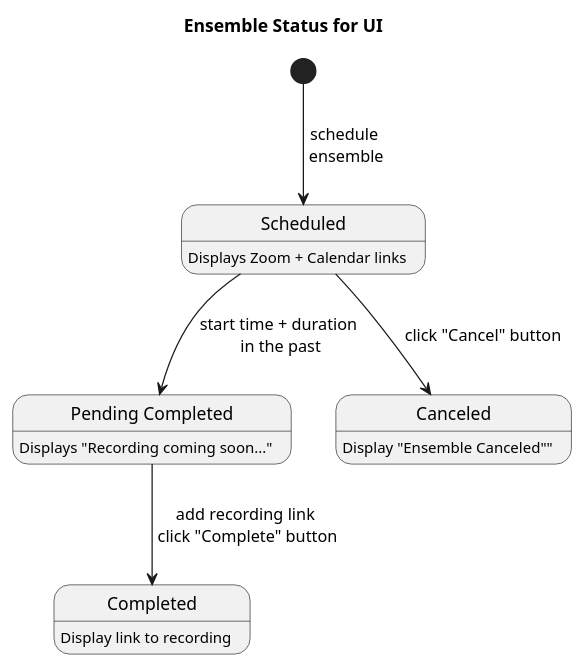
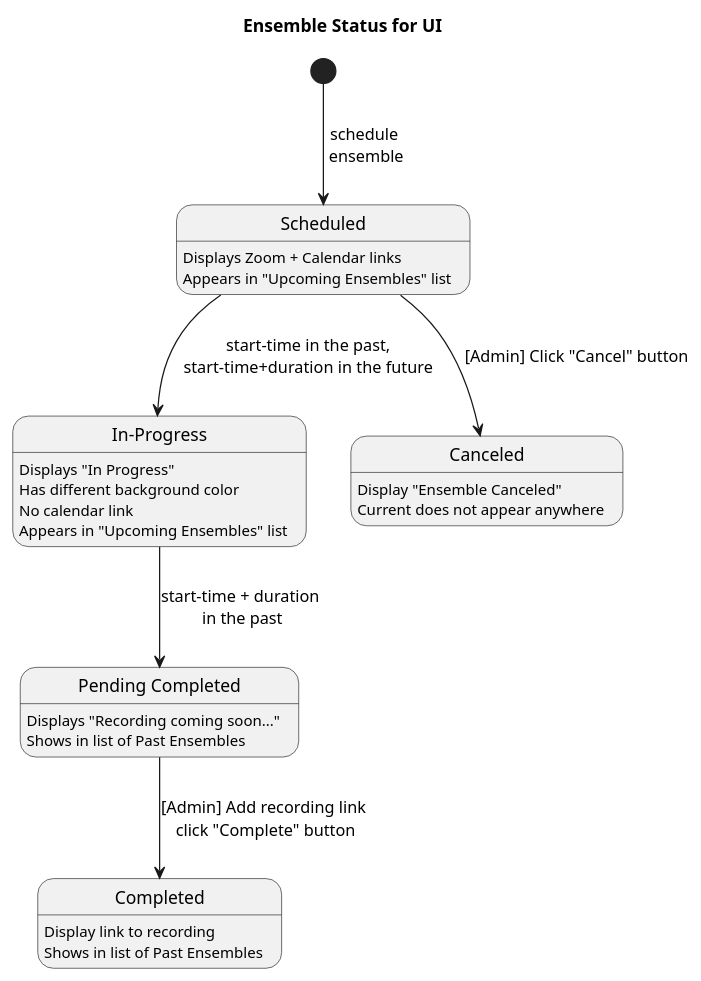
The diagram in ensemble-state.puml (jitterted/ensembler), drawn with PlantUML before and after one commit.

Commit message:
Update diagram to include In Progress state

```diff
--- a/ensemble-state.puml
+++ b/ensemble-state.puml
@@ -1,15 +1,18 @@
 @startuml
 title Ensemble Status for UI
 
 state "Pending Completed" as Pending
+state "In-Progress" as InProgress
 
 [*] --> Scheduled : schedule\n ensemble
-Scheduled: Displays Zoom + Calendar links
-Scheduled --> Pending : start time + duration\n in the past
-Pending: Displays "Recording coming soon..."
-Pending --> Completed : add recording link\n click "Complete" button
-Completed: Display link to recording
-Scheduled --> Canceled : click "Cancel" button
-Canceled: Display "Ensemble Canceled""
+Scheduled: Displays Zoom + Calendar links\nAppears in "Upcoming Ensembles" list
+Scheduled --> InProgress : start-time in the past,\nstart-time+duration in the future
+InProgress --> Pending : start-time + duration\n in the past
+InProgress : Displays "In Progress"\nHas different background color\nNo calendar link\nAppears in "Upcoming Ensembles" list
+Pending: Displays "Recording coming soon..."\nShows in list of Past Ensembles
+Pending --> Completed : [Admin] Add recording link\n click "Complete" button
+Completed: Display link to recording\nShows in list of Past Ensembles
+Scheduled --> Canceled : [Admin] Click "Cancel" button
+Canceled: Display "Ensemble Canceled"\nCurrent does not appear anywhere
 
 @enduml
```
